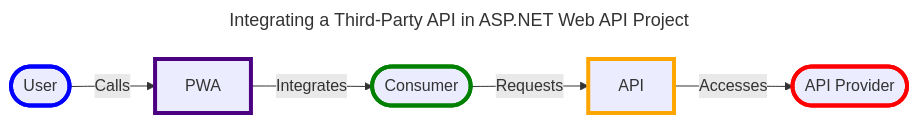
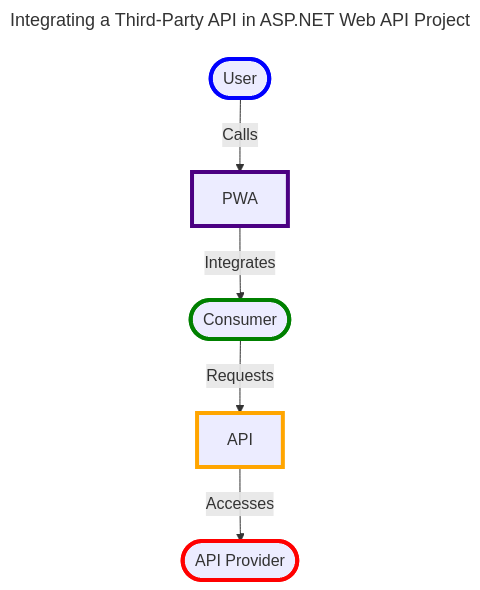
Before and after one commit to rdw100/bronto: the diagram in README.md, drawn with Mermaid.

Commit message:
Added TD.

````diff
--- a/README.md
+++ b/README.md
@@ -4,20 +4,18 @@
 ```mermaid
 ---
 title: Integrating a Third-Party API in ASP.NET Web API Project
 ---
-flowchart LR
+
+flowchart TD
     User([User])-->|Calls|PWA
     PWA-->|Integrates|Consumer([Consumer])
     Consumer-->|Requests|API
     API-->|Accesses|API_Provider([API Provider])
+
     style User stroke:Blue,stroke-width:4px
     style PWA stroke:Indigo,stroke-width:4px
     style Consumer stroke:Green,stroke-width:4px
     style API stroke:Orange,stroke-width:4px
     style API_Provider stroke:Red,stroke-width:4px
 
-
-
-
-
 ```
````
